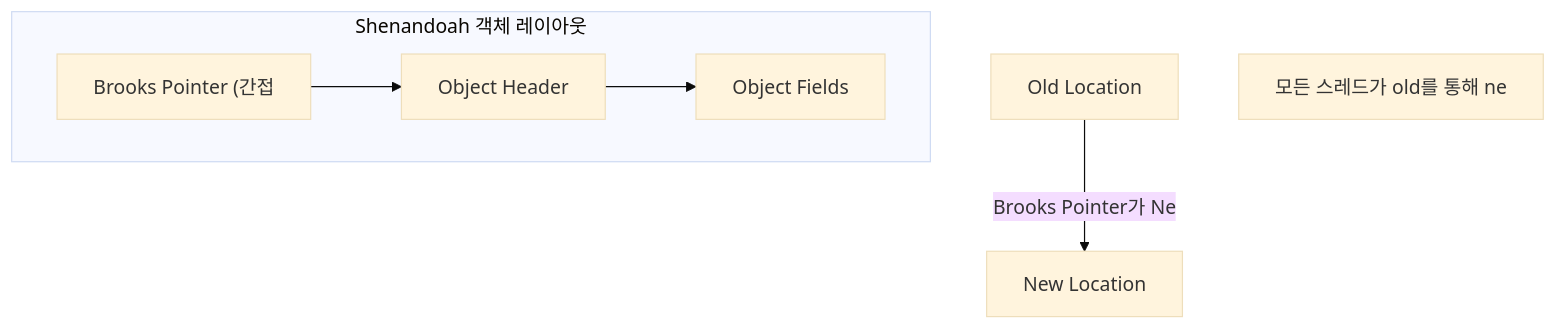
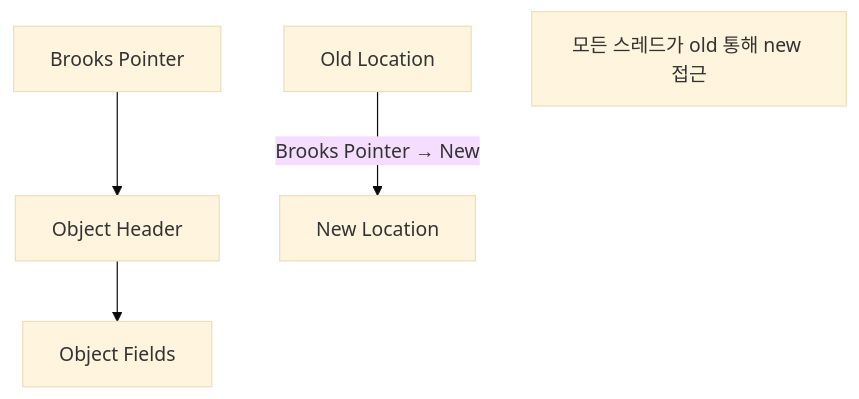
Diagram 19 of 29 in _posts/java/2026-05-01-java-garbage-collector.md (yjkim2015/yjkim2015.github.io), drawn with Mermaid (base theme) before and after one commit. The commit also changed other lines of this file and 155 other files, not shown here.

First line of the commit message:
Mermaid 전면 수정: subgraph 제거, participant/노드/줄수 축소 (342블록)

````diff
--- a/_posts/java/2026-05-01-java-garbage-collector.md
+++ b/_posts/java/2026-05-01-java-garbage-collector.md
@@ -434,11 +397,6 @@
 ```mermaid
 graph TD
-    subgraph "Shenandoah 객체 레이아웃"
-        BP["Brooks Pointer (간접"]
-        OH["Object Header"]
-        OF["Object Fields"]
-        BP --> OH --> OF
-    end
-    OLD["Old Location"] -->|"Brooks Pointer가 Ne"| NEW["New Location"]
-    NOTE["모든 스레드가 old를 통해 ne"]
+    BP["Brooks Pointer"] --> OH["Object Header"] --> OF["Object Fields"]
+    OLD["Old Location"] -->|"Brooks Pointer → New"| NEW["New Location"]
+    NOTE["모든 스레드가 old 통해 new 접근"]
 ```
````
